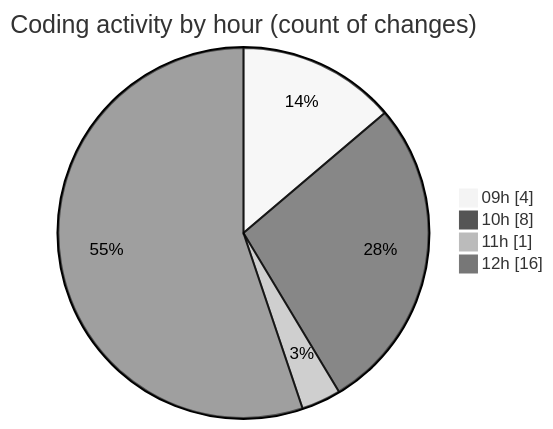
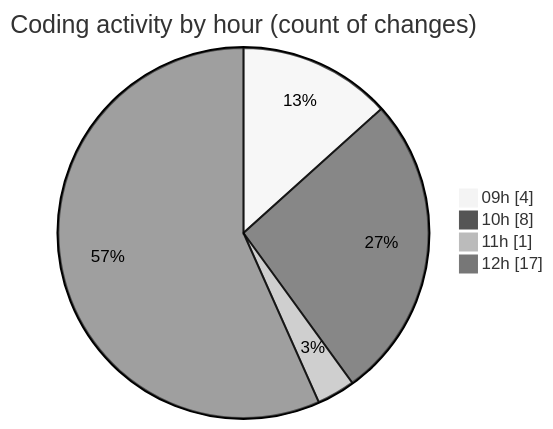
One commit to nxtqubesakshisongat/code-tracking changed the second of 2 diagrams in 2026-02-18/nxtqube_webapp/README.md. Above: the diagram before and after it, drawn with Mermaid (neutral theme). The commit also changed other lines of this file and 1 other file, not shown here.

````diff
--- a/2026-02-18/nxtqube_webapp/README.md
+++ b/2026-02-18/nxtqube_webapp/README.md
@@ -34,8 +34,8 @@
 ```mermaid
 pie showData
 title Coding activity by hour (count of changes)
 "09h" : 4
 "10h" : 8
 "11h" : 1
-"12h" : 16
+"12h" : 17
 ```
````
